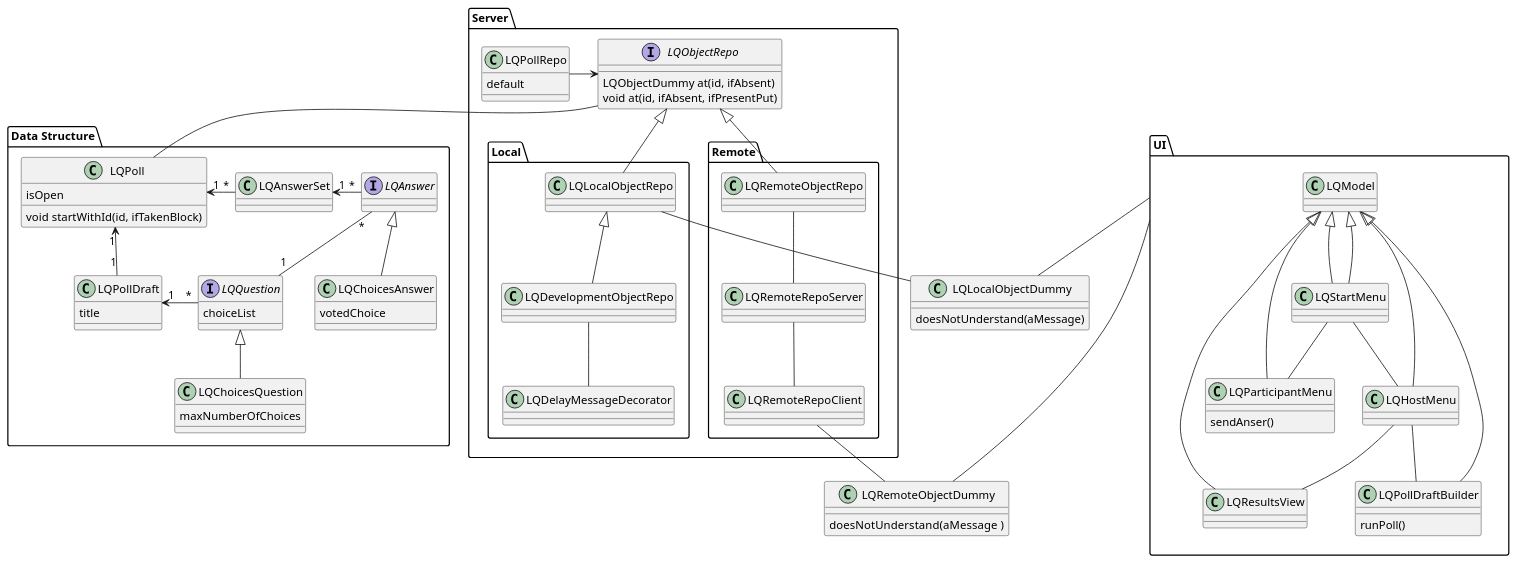
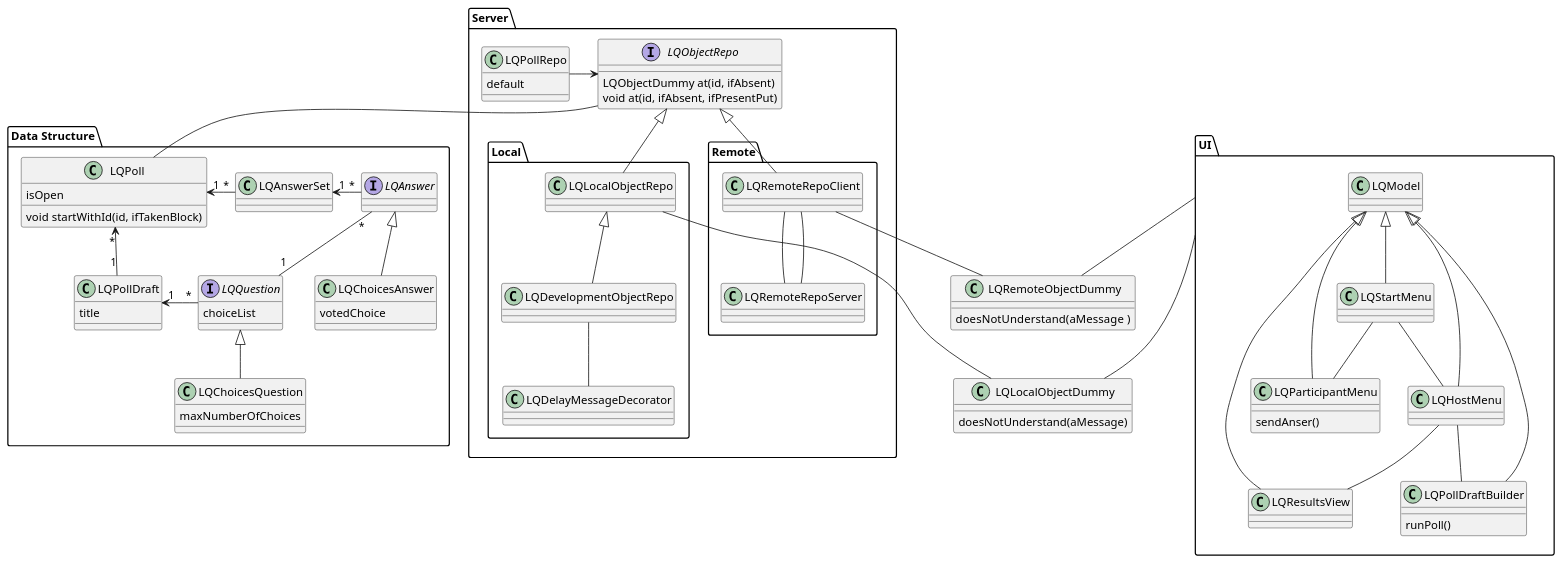
Before and after one commit to hpi-swa-teaching/Liquid: the diagram in docs/class_diagram.wsd, drawn with PlantUML. The commit also changed 1 other file, not shown here.

Commit message:
update diagrams to feedback

```diff
--- a/docs/class_diagram.wsd
+++ b/docs/class_diagram.wsd
@@ -1,100 +1,99 @@
-@startuml Liquid
+@startuml "Structure of Liquid"
 ' class LQDraftStore
 
 package "Data Structure" {
     class LQPoll  {
         isOpen
         void startWithId(id, ifTakenBlock)
     }
-    LQPoll "1" <- "1" LQPollDraft
+    LQPoll "*" <- "1" LQPollDraft
     class LQPollDraft {
         title
     }
     class LQAnswerSet
     LQPoll "1" <- "*" LQAnswerSet
     LQAnswerSet "1" <- "*" LQAnswer
     interface LQAnswer
     class LQChoicesAnswer {
         votedChoice
     }
     LQAnswer <|-- LQChoicesAnswer
 
     interface LQQuestion {
         choiceList
     }
     ' I chose * instead of 1 bc datastructure is there
     LQPollDraft "1" <- "*" LQQuestion
     class LQChoicesQuestion  {
         maxNumberOfChoices
     }
     LQQuestion <|-- LQChoicesQuestion
     LQAnswer "*" -- "1" LQQuestion
 }
 
 package Server {
     package Local {
         class LQLocalObjectRepo
         class LQDevelopmentObjectRepo
         class LQDelayMessageDecorator
         LQLocalObjectRepo <|-- LQDevelopmentObjectRepo
         ' LQDelayMessageDecorator -- LQLocalObjectDummy
         LQDevelopmentObjectRepo -- LQDelayMessageDecorator
 
     }
     package Remote {
         class LQRemoteRepoClient
         class LQRemoteRepoServer
-        class LQRemoteObjectRepo
-        LQRemoteObjectRepo -- LQRemoteRepoServer
+        LQRemoteRepoClient -- LQRemoteRepoServer
         LQRemoteRepoServer -- LQRemoteRepoClient
     }
     interface LQObjectRepo {
         LQObjectDummy at(id, ifAbsent)
         void at(id, ifAbsent, ifPresentPut)
     }
-    LQObjectRepo <|-- LQRemoteObjectRepo
+    LQObjectRepo <|-- LQRemoteRepoClient
     LQObjectRepo <|-- LQLocalObjectRepo
 
     class LQPollRepo {
         default
     }
     LQObjectRepo -- LQPoll
     LQPollRepo -> LQObjectRepo
 }
 
 class LQLocalObjectDummy {
     doesNotUnderstand(aMessage)
 }
 UI -- LQRemoteObjectDummy
 LQRemoteRepoClient -- LQRemoteObjectDummy
 UI -- LQLocalObjectDummy
 LQLocalObjectRepo -- LQLocalObjectDummy
 class LQRemoteObjectDummy {
     doesNotUnderstand(aMessage  )
 }
+LQRemoteObjectDummy -[hidden]- LQLocalObjectDummy
 
 package UI {
     class LQModel
     class LQHostMenu
     LQModel <|-- LQHostMenu
     class LQStartMenu
     LQModel <|-- LQStartMenu
     class LQResultsView
     LQModel <|-- LQResultsView
-    LQStartMenu --|> LQModel
     class LQParticipantMenu {
         sendAnser()
     }
     LQParticipantMenu --|> LQModel
     class LQPollDraftBuilder {
         runPoll()
     }
     LQPollDraftBuilder --|> LQModel
 
     LQStartMenu -- LQHostMenu
     LQStartMenu -- LQParticipantMenu
     LQHostMenu -- LQResultsView
     LQHostMenu -- LQPollDraftBuilder
 }
 
 @enduml
```
